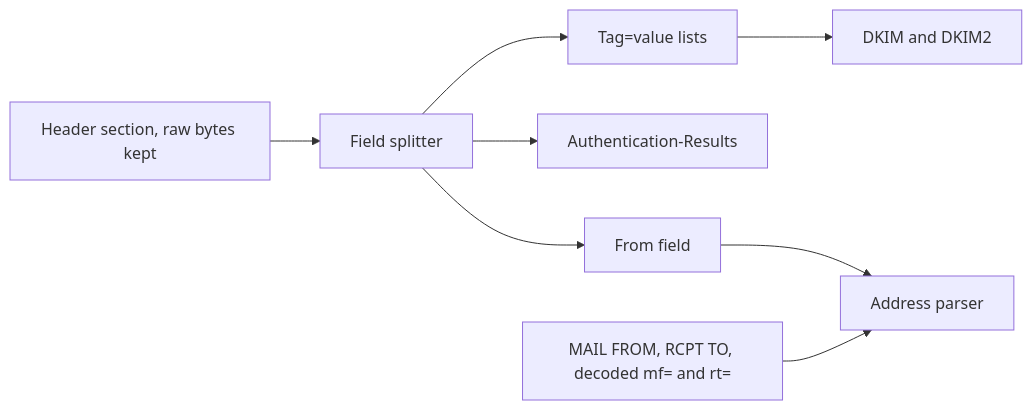
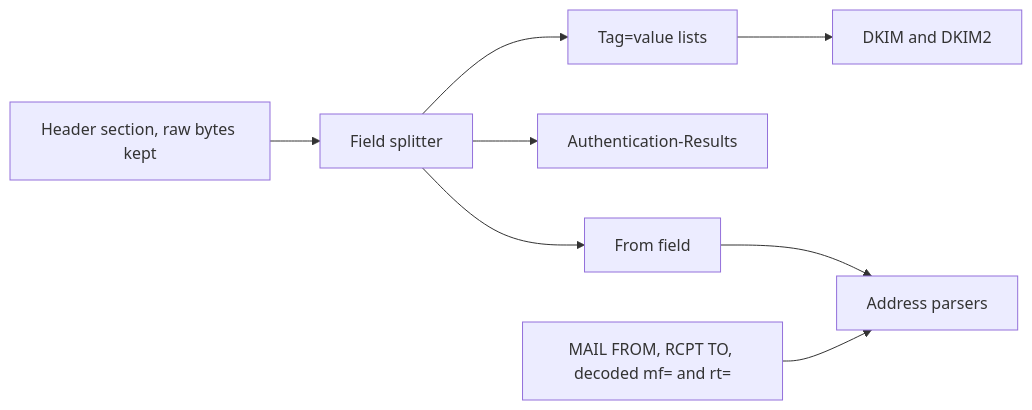
One commit to photom/hallmark changed the third of 6 diagrams in docs/explanation/architecture.md. Above: the diagram before and after it, drawn with Mermaid. The commit also changed other lines of this file and 6 other files, not shown here.

First line of the commit message:
Design the address parsers: decisions and explanation

````diff
--- a/docs/explanation/architecture.md
+++ b/docs/explanation/architecture.md
@@ -83,10 +83,10 @@
 ```mermaid
 flowchart LR
     raw["Header section, raw bytes kept"] --> split["Field splitter"]
     split --> tags["Tag=value lists"]
     split --> ar["Authentication-Results"]
     split --> from["From field"]
     tags --> dkim["DKIM and DKIM2"]
-    from --> addr["Address parser"]
+    from --> addr["Address parsers"]
     env["MAIL FROM, RCPT TO, decoded mf= and rt="] --> addr
 ```
````
